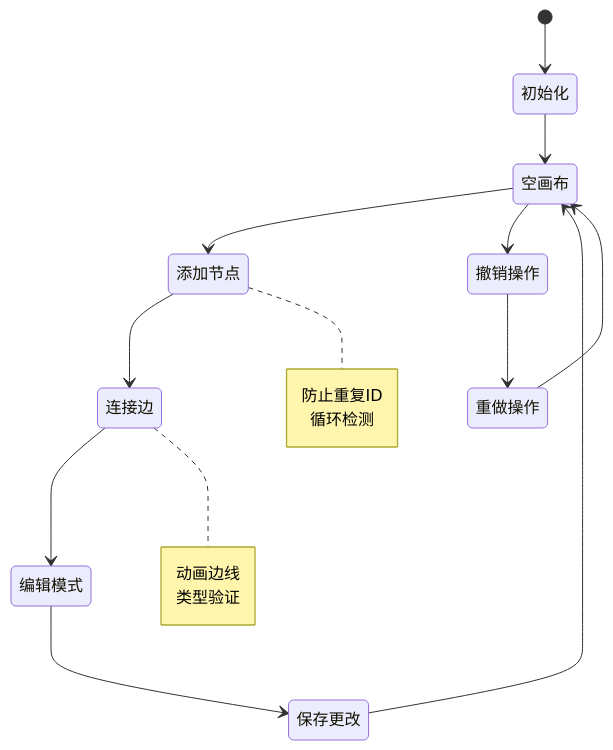
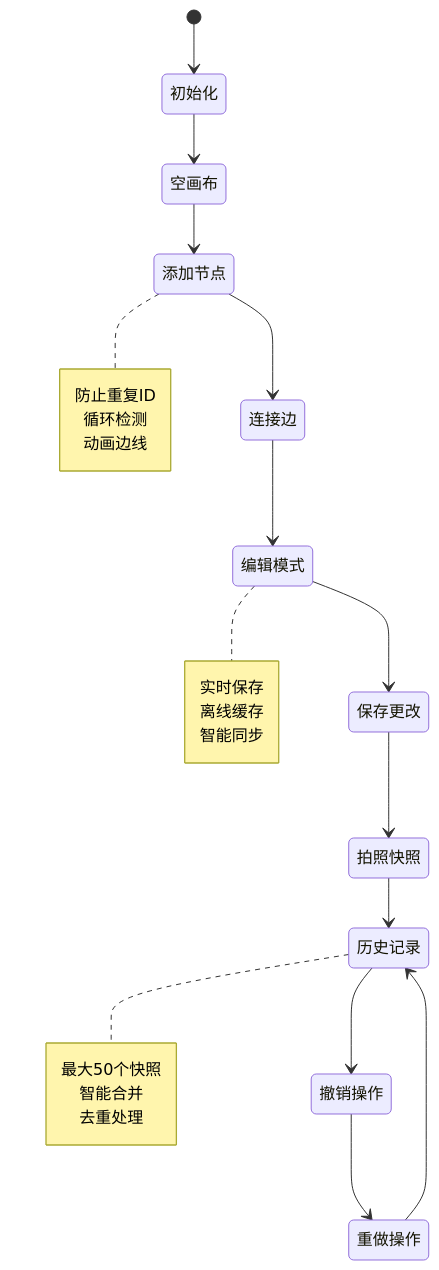
Before and after one commit to KunLabAI/KunFlix: the sixth of 11 diagrams in .qoder/repowiki/zh/content/系统架构/前端架构/画布故事编辑器.md, drawn with Mermaid. The commit also changed other lines of this file and 155 other files, not shown here.

````diff
--- a/.qoder/repowiki/zh/content/系统架构/前端架构/画布故事编辑器.md
+++ b/.qoder/repowiki/zh/content/系统架构/前端架构/画布故事编辑器.md
@@ -224,21 +282,29 @@
 ```mermaid
 stateDiagram-v2
 [*] --> 初始化
 初始化 --> 空画布
 空画布 --> 添加节点
 添加节点 --> 连接边
 连接边 --> 编辑模式
 编辑模式 --> 保存更改
-保存更改 --> 空画布
-空画布 --> 撤销操作
+保存更改 --> 拍照快照
+拍照快照 --> 历史记录
+历史记录 --> 撤销操作
 撤销操作 --> 重做操作
-重做操作 --> 空画布
+重做操作 --> 历史记录
 note right of 添加节点
 防止重复ID
 循环检测
+动画边线
 end note
-note right of 连接边
-动画边线
-类型验证
+note right of 编辑模式
+实时保存
+离线缓存
+智能同步
+end note
+note right of 历史记录
+最大50个快照
+智能合并
+去重处理
 end note
 ```
````
